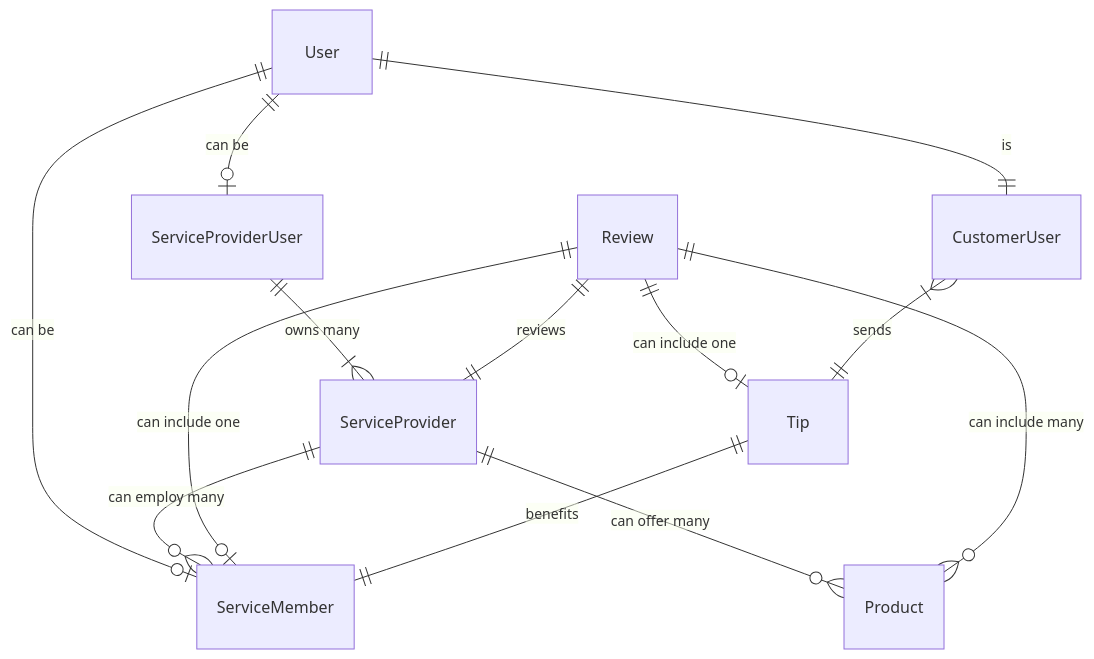
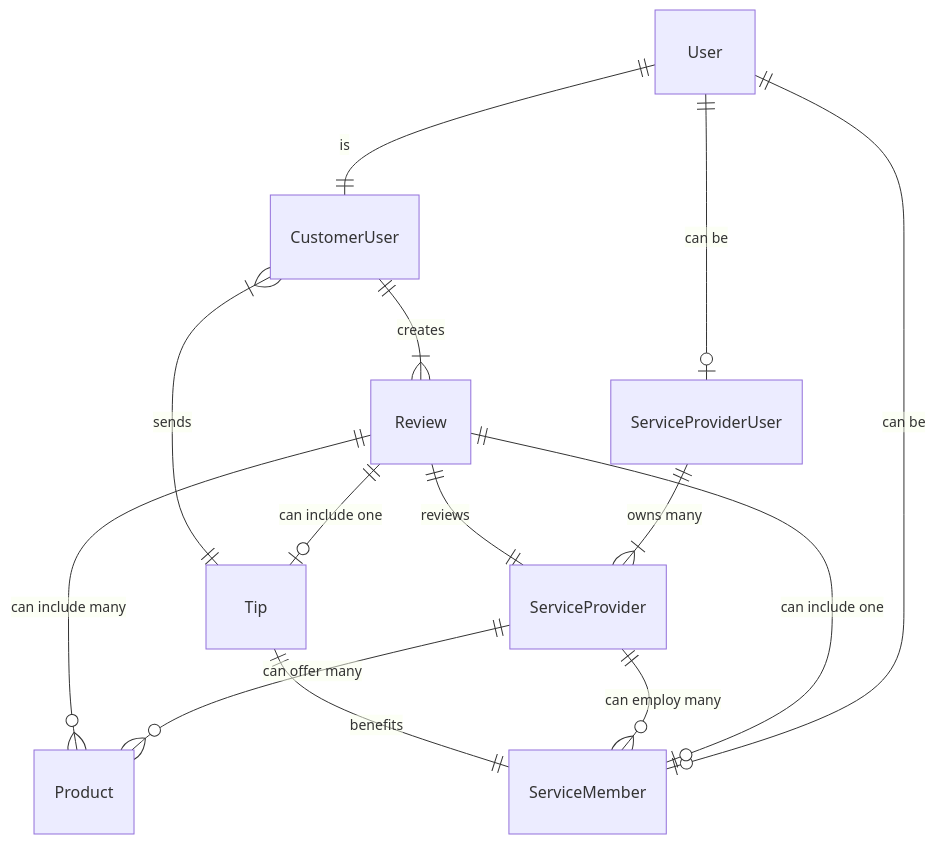
The diagram in README.md (jaintitanium/DingIt), drawn with Mermaid before and after one commit.

Commit message:
Update Entity Relationships

````diff
--- a/README.md
+++ b/README.md
@@ -5,17 +5,18 @@
 ```mermaid
 erDiagram
     User ||--|| CustomerUser : "is"
     User ||--o| ServiceProviderUser : "can be"
     User ||--o| ServiceMember : "can be"
 
     ServiceProviderUser ||--|{ ServiceProvider : "owns many"
-    ServiceProvider ||--o{ ServiceMember : "can employ many"
     ServiceProvider ||--o{ Product : "can offer many"
 
     Review ||--|| ServiceProvider : "reviews"
     Review ||--o| ServiceMember : "can include one"
     Review ||--o{ Product : "can include many"
+    ServiceProvider ||--o{ ServiceMember : "can employ many"
     Review ||--o| Tip : "can include one"
+    CustomerUser ||--|{ Review : "creates"
     CustomerUser }|--|| Tip : "sends"
     Tip ||--|| ServiceMember : "benefits"
 ```
````
